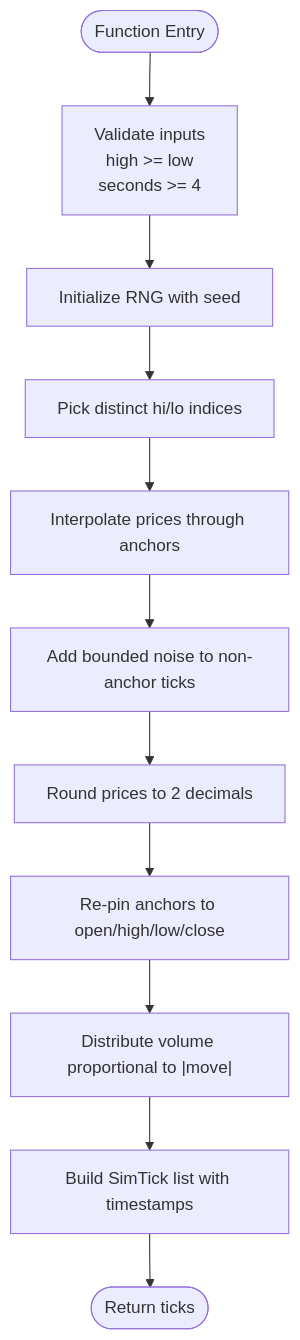
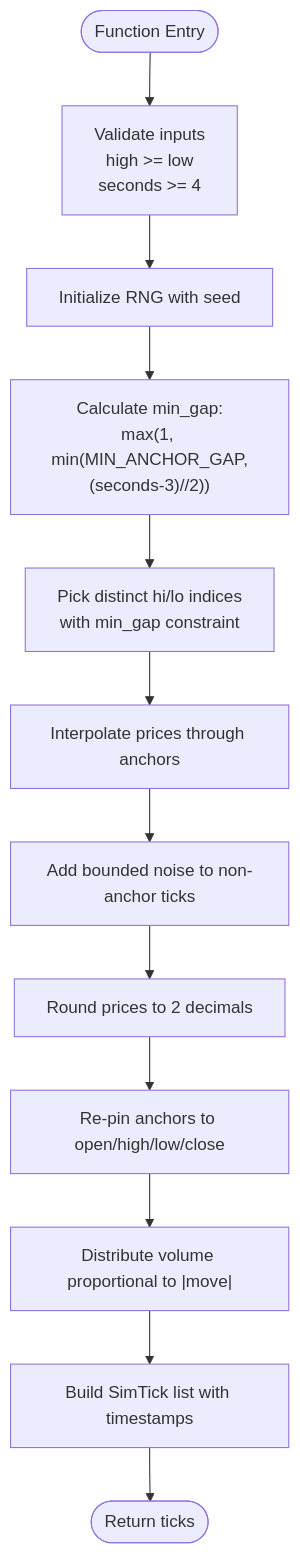
The third of 6 diagrams in .qoder/repowiki/en/content/Backtesting & Simulation/Tick Simulator.md (Ganesh-Kusundal/nTrade), drawn with Mermaid before and after one commit. The commit also changed other lines of this file and 203 other files, not shown here.

````diff
--- a/.qoder/repowiki/en/content/Backtesting & Simulation/Tick Simulator.md
+++ b/.qoder/repowiki/en/content/Backtesting & Simulation/Tick Simulator.md
@@ -130,13 +151,14 @@
 ```mermaid
 flowchart TD
 Start(["Function Entry"]) --> Validate["Validate inputs<br/>high >= low<br/>seconds >= 4"]
 Validate --> InitRNG["Initialize RNG with seed"]
-InitRNG --> PickAnchors["Pick distinct hi/lo indices"]
+InitRNG --> CalcMinGap["Calculate min_gap:<br/>max(1, min(MIN_ANCHOR_GAP,<br/>(seconds-3)//2))"]
+CalcMinGap --> PickAnchors["Pick distinct hi/lo indices<br/>with min_gap constraint"]
 PickAnchors --> Interp["Interpolate prices through anchors"]
 Interp --> Noise["Add bounded noise to non-anchor ticks"]
 Noise --> Round["Round prices to 2 decimals"]
 Round --> PinAnchors["Re-pin anchors to open/high/low/close"]
 PinAnchors --> DistVol["Distribute volume proportional to |move|"]
 DistVol --> BuildTicks["Build SimTick list with timestamps"]
 BuildTicks --> End(["Return ticks"])
 ```
````
